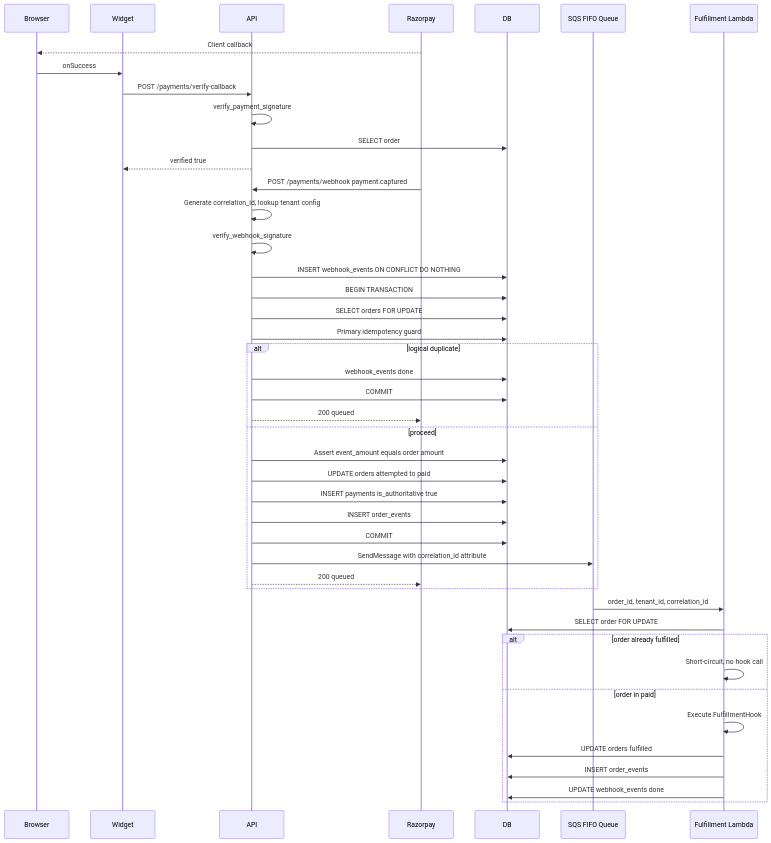
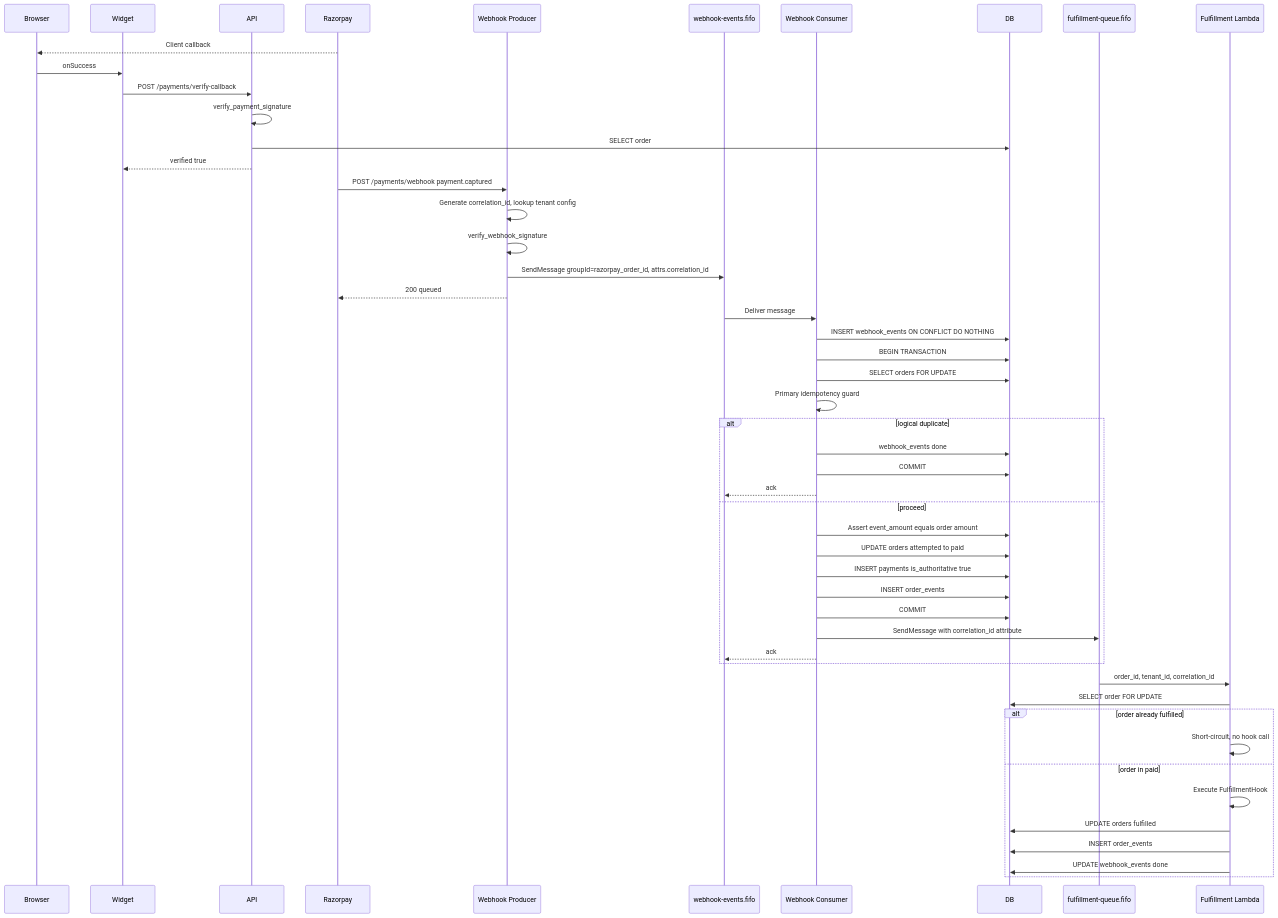
One commit to akhiljoe/razorpay-payment-integration changed the third of 10 diagrams in designs/DESIGN_v5.md. Above: the diagram before and after it, drawn with Mermaid. The commit also changed other lines of this file and 13 other files, not shown here.

Commit message:
core: RazorpayConfig, TenantConfigRegistry, signatures, asyncpg pool

````diff
--- a/designs/DESIGN_v5.md
+++ b/designs/DESIGN_v5.md
@@ -643,49 +662,56 @@
 ```mermaid
 sequenceDiagram
     participant Browser
     participant Widget
     participant API
     participant RZP as Razorpay
+    participant WP as Webhook Producer
+    participant WQ as webhook-events.fifo
+    participant WC as Webhook Consumer
     participant DB
-    participant SQS as SQS FIFO Queue
+    participant FQ as fulfillment-queue.fifo
     participant Fulfill as Fulfillment Lambda
 
     RZP-->>Browser: Client callback
     Browser->>Widget: onSuccess
     Widget->>API: POST /payments/verify-callback
     API->>API: verify_payment_signature
     API->>DB: SELECT order
     API-->>Widget: verified true
 
-    RZP->>API: POST /payments/webhook payment.captured
-    API->>API: Generate correlation_id, lookup tenant config
-    API->>API: verify_webhook_signature
-    API->>DB: INSERT webhook_events ON CONFLICT DO NOTHING
-    API->>DB: BEGIN TRANSACTION
-    API->>DB: SELECT orders FOR UPDATE
-    API->>DB: Primary idempotency guard
+    RZP->>WP: POST /payments/webhook payment.captured
+    WP->>WP: Generate correlation_id, lookup tenant config
+    WP->>WP: verify_webhook_signature
+    WP->>WQ: SendMessage groupId=razorpay_order_id, attrs.correlation_id
+    WP-->>RZP: 200 queued
+
+    WQ->>WC: Deliver message
+    WC->>DB: INSERT webhook_events ON CONFLICT DO NOTHING
+    WC->>DB: BEGIN TRANSACTION
+    WC->>DB: SELECT orders FOR UPDATE
+    WC->>WC: Primary idempotency guard
     alt logical duplicate
-        API->>DB: webhook_events done
-        API->>DB: COMMIT
-        API-->>RZP: 200 queued
+        WC->>DB: webhook_events done
+        WC->>DB: COMMIT
+        WC-->>WQ: ack
     else proceed
-        API->>DB: Assert event_amount equals order amount
-        API->>DB: UPDATE orders attempted to paid
-        API->>DB: INSERT payments is_authoritative true
-        API->>DB: INSERT order_events
-        API->>DB: COMMIT
-        API->>SQS: SendMessage with correlation_id attribute
-        API-->>RZP: 200 queued
+        WC->>DB: Assert event_amount equals order amount
+        WC->>DB: UPDATE orders attempted to paid
+        WC->>DB: INSERT payments is_authoritative true
+        WC->>DB: INSERT order_events
+        WC->>DB: COMMIT
+        WC->>FQ: SendMessage with correlation_id attribute
+        WC-->>WQ: ack
     end
 
-    SQS->>Fulfill: order_id, tenant_id, correlation_id
+    FQ->>Fulfill: order_id, tenant_id, correlation_id
     Fulfill->>DB: SELECT order FOR UPDATE
     alt order already fulfilled
         Fulfill->>Fulfill: Short-circuit, no hook call
     else order in paid
         Fulfill->>Fulfill: Execute FulfillmentHook
         Fulfill->>DB: UPDATE orders fulfilled
         Fulfill->>DB: INSERT order_events
         Fulfill->>DB: UPDATE webhook_events done
     end
 ```
````
